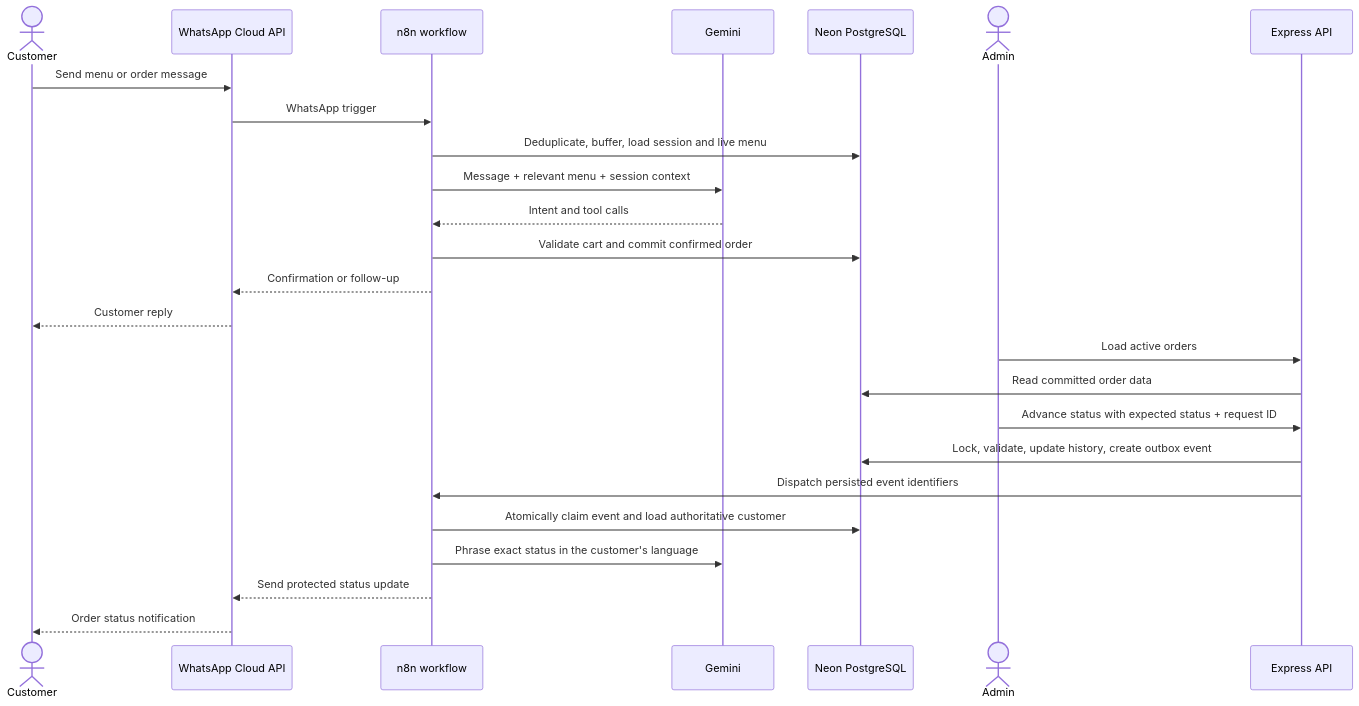
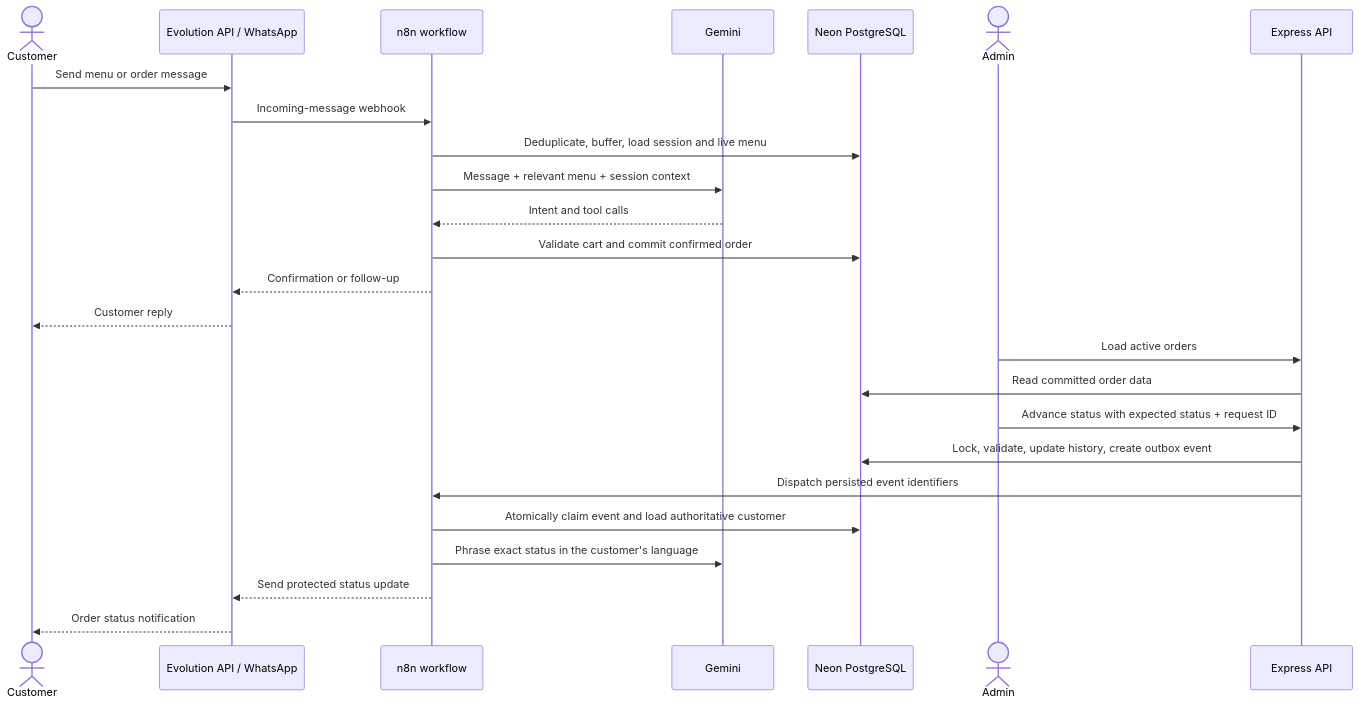
Before and after one commit to muhammad-abbas-10/Pizza-Whatsapp-AI-Bot: the second of 3 diagrams in README.md, drawn with Mermaid. The commit also changed other lines of this file, not shown here.

````diff
--- a/README.md
+++ b/README.md
@@ -127,29 +127,29 @@
 ```mermaid
 sequenceDiagram
     actor Customer
-    participant WA as WhatsApp Cloud API
+    participant WA as Evolution API / WhatsApp
     participant Flow as n8n workflow
     participant AI as Gemini
     participant DB as Neon PostgreSQL
     actor Admin
     participant API as Express API
 
     Customer->>WA: Send menu or order message
-    WA->>Flow: WhatsApp trigger
+    WA->>Flow: Incoming-message webhook
     Flow->>DB: Deduplicate, buffer, load session and live menu
     Flow->>AI: Message + relevant menu + session context
     AI-->>Flow: Intent and tool calls
     Flow->>DB: Validate cart and commit confirmed order
     Flow-->>WA: Confirmation or follow-up
     WA-->>Customer: Customer reply
 
     Admin->>API: Load active orders
     API->>DB: Read committed order data
     Admin->>API: Advance status with expected status + request ID
     API->>DB: Lock, validate, update history, create outbox event
     API->>Flow: Dispatch persisted event identifiers
     Flow->>DB: Atomically claim event and load authoritative customer
     Flow->>AI: Phrase exact status in the customer's language
     Flow-->>WA: Send protected status update
     WA-->>Customer: Order status notification
 ```
````
